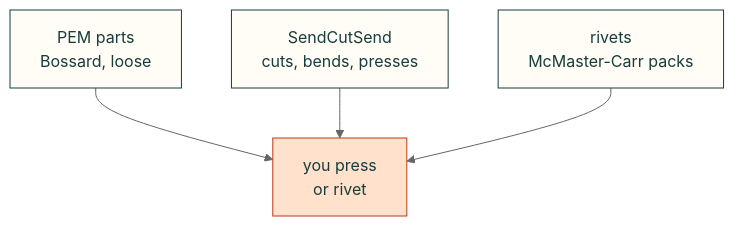
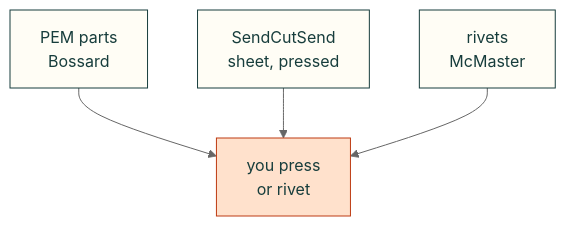
One commit to Valpatel/cad-agent changed the second of 2 diagrams in docs/sheet-metal-hardware.md. Above: the diagram before and after it, drawn with Mermaid (neutral theme).

Commit message:
Sheet hardware page: narrow the where-to-buy diagram to fit 1100 px

````diff
--- a/docs/sheet-metal-hardware.md
+++ b/docs/sheet-metal-hardware.md
@@ -67,10 +67,10 @@
 ```mermaid
 flowchart TD
-    P["PEM parts<br/>Bossard, loose"] --> Y["you press<br/>or rivet"]
-    S["SendCutSend<br/>cuts, bends, presses"] --> Y
-    R["rivets<br/>McMaster-Carr packs"] --> Y
+    P["PEM parts<br/>Bossard"] --> Y["you press<br/>or rivet"]
+    S["SendCutSend<br/>sheet, pressed"] --> Y
+    R["rivets<br/>McMaster"] --> Y
     classDef here fill:#fffdf5,stroke:#173d3c,color:#173d3c
     classDef out fill:#ffe1cc,stroke:#bd3a12,color:#173d3c
     class P,S,R here
     class Y out
 ```
````
